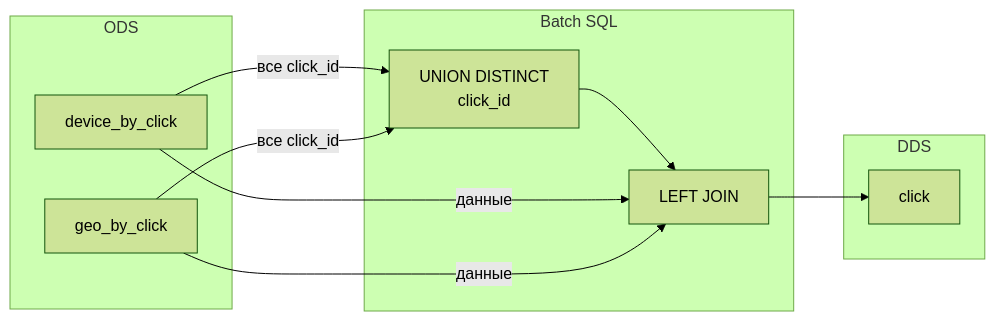
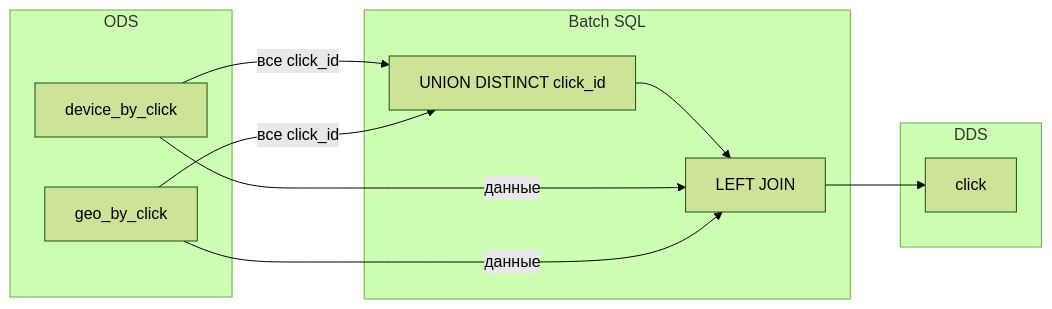
One commit to dementev-dev/clickstream-ch-kafka-superset-demo changed the sixth of 6 diagrams in docs/ARCHITECTURE.md. Above: the diagram before and after it, drawn with Mermaid (forest theme). The commit also changed other lines of this file and 1 other file, not shown here.

First line of the commit message:
docs: обновлены Mermaid-диаграммы в README и ARCHITECTURE

````diff
--- a/docs/ARCHITECTURE.md
+++ b/docs/ARCHITECTURE.md
@@ -484,23 +463,23 @@
 ```mermaid
 flowchart LR
     subgraph ODS["ODS"]
         D["device_by_click"]
         G["geo_by_click"]
     end
 
     subgraph BUILD["Batch SQL"]
-        U["UNION DISTINCT<br/>click_id"]
+        U["UNION DISTINCT click_id"]
         J["LEFT JOIN"]
     end
 
     subgraph DDS["DDS"]
         CL["click"]
     end
 
     D -->|все click_id| U
     G -->|все click_id| U
     U --> J
     D -->|данные| J
     G -->|данные| J
     J --> CL
 ```
````
